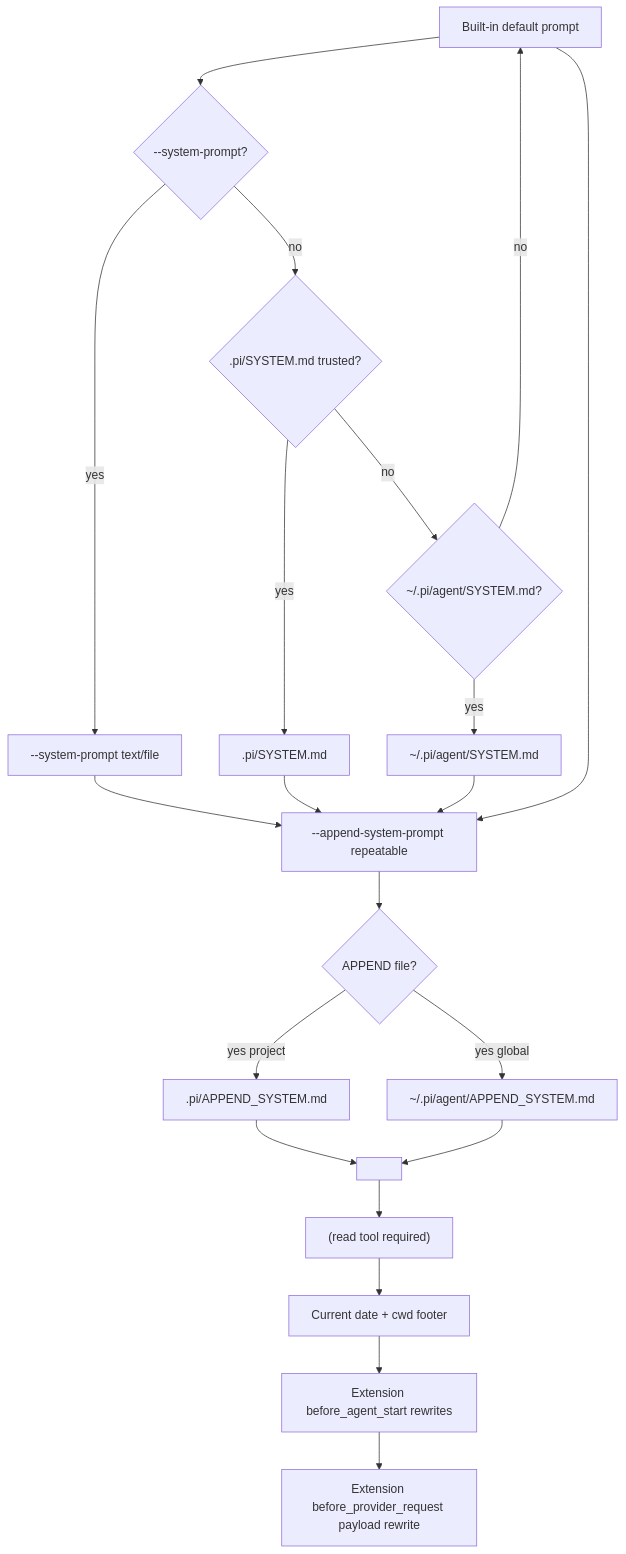
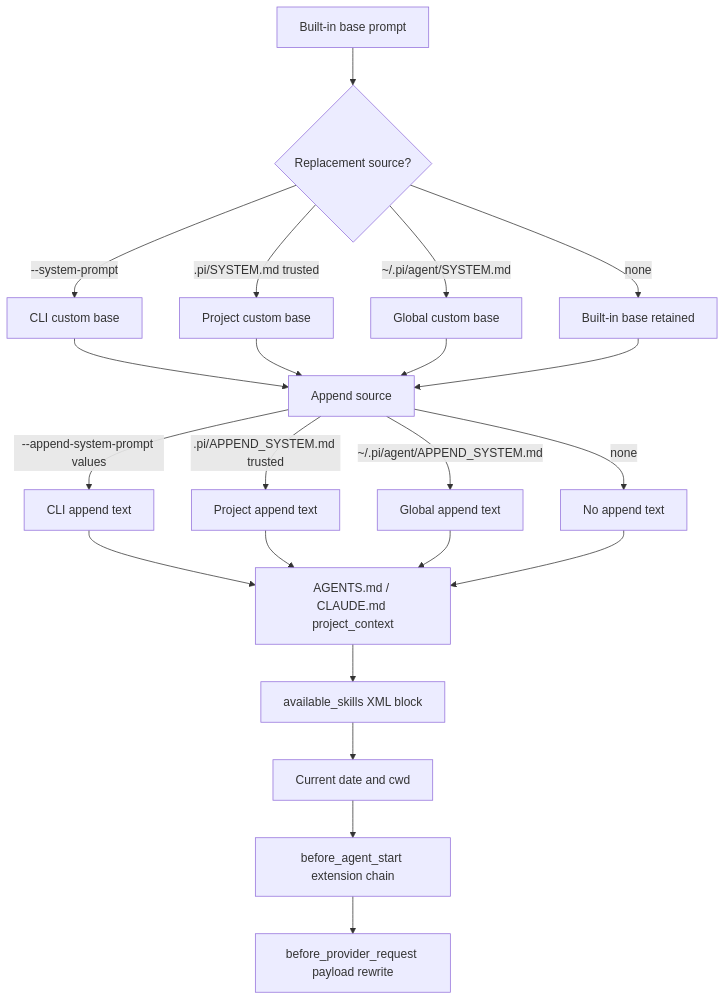
The diagram in claudine/docs/research/system-prompt/pi.md (yankeeinlondon/rusty-biscuit), drawn with Mermaid before and after one commit. The commit also changed other lines of this file and 9 other files, not shown here.

First line of the commit message:
docs(claudine): expand system-prompt fleet with kilo, kimi providers

````diff
--- a/claudine/docs/research/system-prompt/pi.md
+++ b/claudine/docs/research/system-prompt/pi.md
@@ -450,23 +533,24 @@
 ```mermaid
-graph TD
-    A[Built-in default prompt] --> B{--system-prompt?}
-    B -- yes --> C[--system-prompt text/file]
-    B -- no --> D{.pi/SYSTEM.md trusted?}
-    D -- yes --> E[.pi/SYSTEM.md]
-    D -- no --> F{~/.pi/agent/SYSTEM.md?}
-    F -- yes --> G[~/.pi/agent/SYSTEM.md]
-    F -- no --> A
-    C --> H[--append-system-prompt repeatable]
-    E --> H
-    G --> H
-    A --> H
-    H --> I{APPEND file?}
-    I -- yes project --> J[.pi/APPEND_SYSTEM.md]
-    I -- yes global --> K[~/.pi/agent/APPEND_SYSTEM.md]
-    J --> L["<project_context>"]
+flowchart TD
+    A["Built-in base prompt"] --> B{"Replacement source?"}
+    B -->|"--system-prompt"| C["CLI custom base"]
+    B -->|".pi/SYSTEM.md trusted"| D["Project custom base"]
+    B -->|"~/.pi/agent/SYSTEM.md"| E["Global custom base"]
+    B -->|"none"| F["Built-in base retained"]
+    C --> G["Append source"]
+    D --> G
+    E --> G
+    F --> G
+    G -->|"--append-system-prompt values"| H["CLI append text"]
+    G -->|".pi/APPEND_SYSTEM.md trusted"| I["Project append text"]
+    G -->|"~/.pi/agent/APPEND_SYSTEM.md"| J["Global append text"]
+    G -->|"none"| K["No append text"]
+    H --> L["AGENTS.md / CLAUDE.md project_context"]
+    I --> L
+    J --> L
     K --> L
-    L --> M["<available_skills> (read tool required)"]
-    M --> N[Current date + cwd footer]
-    N --> O[Extension before_agent_start rewrites]
-    O --> P[Extension before_provider_request payload rewrite]
+    L --> M["available_skills XML block"]
+    M --> N["Current date and cwd"]
+    N --> O["before_agent_start extension chain"]
+    O --> P["before_provider_request payload rewrite"]
 ```
````
